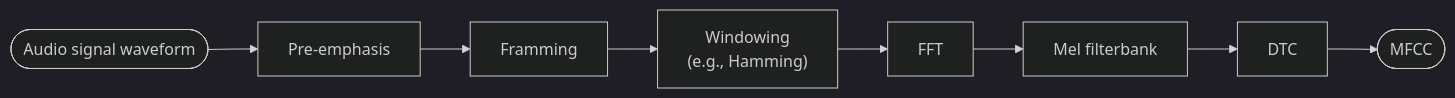
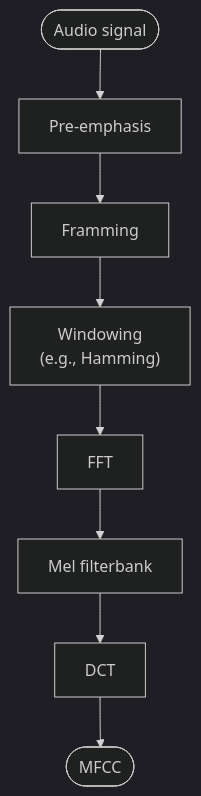
One commit to dungphys/CodeAlpha_EmotionRecognition changed the second of 2 diagrams in README.md. Above: the diagram before and after it, drawn with Mermaid (dark theme).

Commit message:
doc: update readme: update MCFF workflow

````diff
--- a/README.md
+++ b/README.md
@@ -56,4 +56,4 @@
 ```mermaid
-graph LR
-    A(["Audio signal waveform"]) --> B["Pre-emphasis"] --> C["Framming"] --> D["Windowing \n (e.g., Hamming)"] --> E["FFT"] --> F["Mel filterbank"] --> G["DTC"] --> H(["MFCC"]) 
+graph TD
+    A(["Audio signal"]) --> B["Pre-emphasis"] --> C["Framming"] --> D["Windowing \n (e.g., Hamming)"] --> E["FFT"] --> F["Mel filterbank"] --> G["DCT"] --> H(["MFCC"]) 
 ```
````
